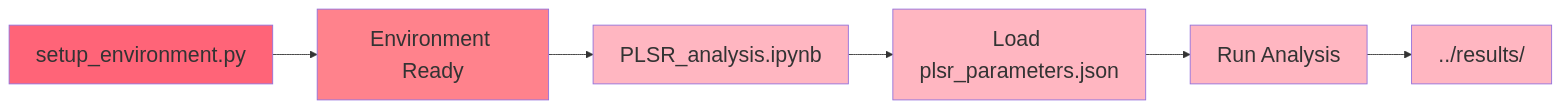
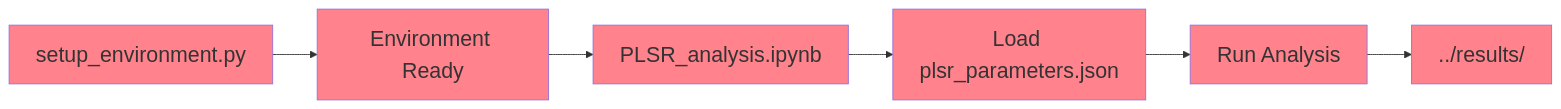
One commit to Shaswat-qm-researcher/Physics-Informed-Symbolic-Regression-for-Phonon-Related-Property-Prediction-and-Materials-Discovery changed the diagram in plsr_feature_selection/code and config/README.md. Above: the diagram before and after it, drawn with Mermaid.

````diff
--- a/plsr_feature_selection/code and config/README.md
+++ b/plsr_feature_selection/code and config/README.md
@@ -142,14 +142,14 @@
 ```mermaid
 graph LR
     A[setup_environment.py] --> B[Environment Ready]
     B --> C[PLSR_analysis.ipynb]
     C --> D[Load plsr_parameters.json]
     D --> E[Run Analysis]
     E --> F[../results/]
-style A fill:#FF6478, font-size:24px, font-family:Arial
+style A fill:#FF828C, font-size:24px, font-family:Arial
 style B fill:#FF828C, font-size:24px, font-family:Arial
-style C fill:#FFB6C1, font-size:24px, font-family:Arial
-style D fill:#FFB6C1, font-size:24px, font-family:Arial
-style E fill:#FFB6C1, font-size:24px, font-family:Arial
-style F fill:#FFB6C1, font-size:24px, font-family:Arial
+style C fill:#FF828C, font-size:24px, font-family:Arial
+style D fill:#FF828C, font-size:24px, font-family:Arial
+style E fill:#FF828C, font-size:24px, font-family:Arial
+style F fill:#FF828C, font-size:24px, font-family:Arial
 ```
````
